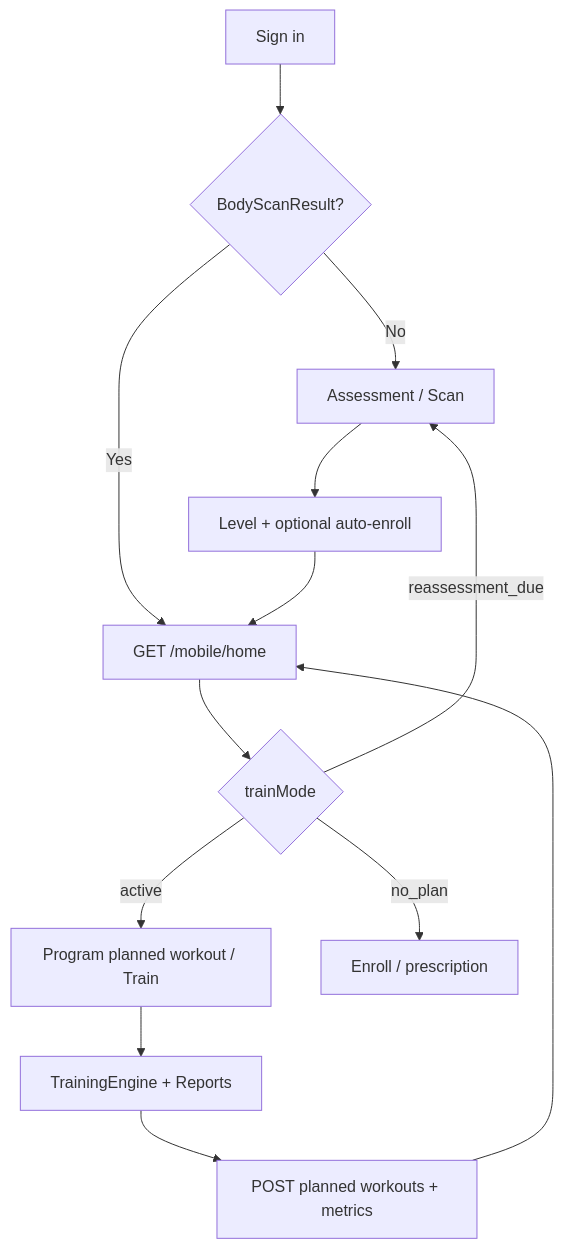
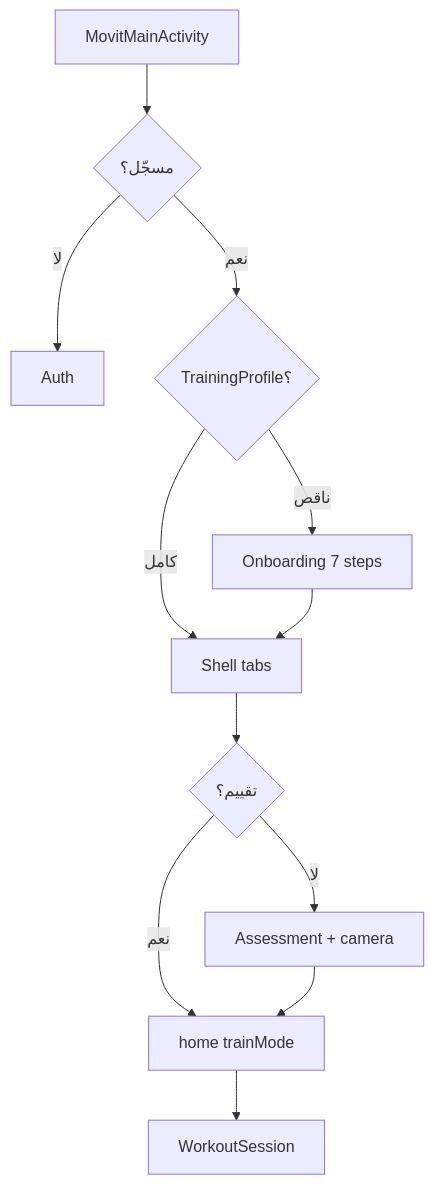
One commit to stywithme/movit changed the diagram in Docs/00-Active-Reference/Product-Master/Journey-Index.md. Above: the diagram before and after it, drawn with Mermaid. The commit also changed other lines of this file and 338 other files, not shown here.

````diff
--- a/Docs/00-Active-Reference/Product-Master/Journey-Index.md
+++ b/Docs/00-Active-Reference/Product-Master/Journey-Index.md
@@ -65,15 +66,14 @@
 ```mermaid
 flowchart TD
-  A[Sign in] --> B{BodyScanResult?}
-  B -->|No| C[Assessment / Scan]
-  B -->|Yes| D[GET /mobile/home]
-  C --> E[Level + optional auto-enroll]
-  E --> D
-  D --> F{trainMode}
-  F -->|active| G[Program planned workout / Train]
-  F -->|no_plan| H[Enroll / prescription]
-  F -->|reassessment_due| C
-  G --> I[TrainingEngine + Reports]
-  I --> J[POST planned workouts + metrics]
-  J --> D
+  A[MovitMainActivity] --> B{مسجّل؟}
+  B -->|لا| C[Auth]
+  B -->|نعم| D{TrainingProfile؟}
+  D -->|ناقص| E[Onboarding 7 steps]
+  D -->|كامل| F[Shell tabs]
+  E --> F
+  F --> G{تقييم؟}
+  G -->|لا| H[Assessment + camera]
+  G -->|نعم| I[home trainMode]
+  H --> I
+  I --> J[WorkoutSession]
 ```
````
